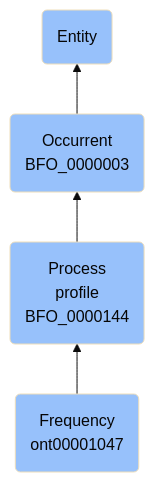
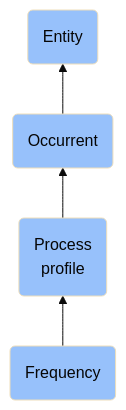
One commit to jupyter-naas/abi changed the diagram in docs/ontology/reference/model/Entity/Occurrent/Process profile/Frequency/Frequency.md. Above: the diagram before and after it, drawn with Mermaid (base theme). The commit also changed other lines of this file and 1430 other files, not shown here.

````diff
--- a/docs/ontology/reference/model/Entity/Occurrent/Process profile/Frequency/Frequency.md
+++ b/docs/ontology/reference/model/Entity/Occurrent/Process profile/Frequency/Frequency.md
@@ -24,11 +24,11 @@
 ```mermaid
 graph BT
-    ont00001047(Frequency<br>ont00001047):::BFO-->BFO_0000144
-    BFO_0000144(Process<br>profile<br>BFO_0000144):::BFO-->BFO_0000003
-    BFO_0000003(Occurrent<br>BFO_0000003):::BFO-->BFO_0000001
+    ont00001047(Frequency):::BFO-->BFO_0000144
+    BFO_0000144(Process<br>profile):::BFO-->BFO_0000003
+    BFO_0000003(Occurrent):::BFO-->BFO_0000001
     BFO_0000001(Entity):::BFO
     
     classDef BFO fill:#97c1fb,color:#060606
     classDef CCO fill:#e4c51e,color:#060606
     classDef ABI fill:#48DD82,color:#060606
 ```
````
